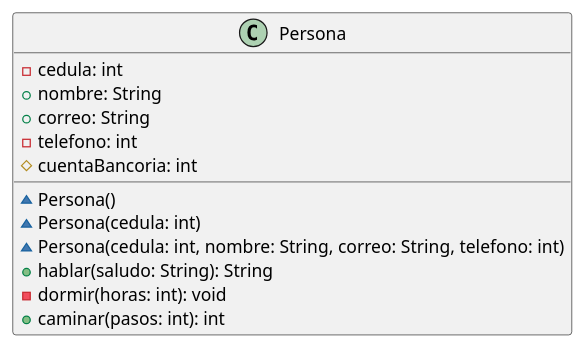
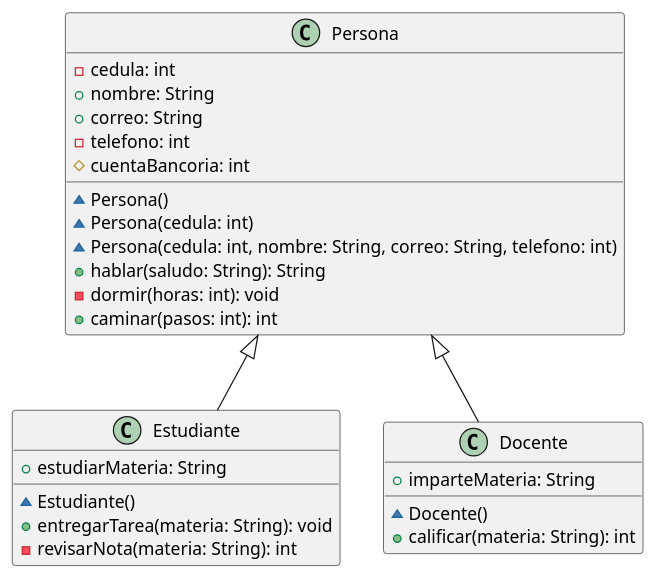
The first of 2 diagrams in README.md (uniajc-gperezm/demo412), drawn with PlantUML before and after one commit.

Commit message:
agregando codigo plant text al README

````diff
--- a/README.md
+++ b/README.md
@@ -62,18 +62,36 @@
 ```plantuml
-@startuml Persona
+@startuml DiagramaClases
 class Persona {
     - cedula: int
     + nombre: String
     + correo: String
     - telefono: int
     # cuentaBancoria: int
     
     ~ Persona()
     ~ Persona(cedula: int)
     ~ Persona(cedula: int, nombre: String, correo: String, telefono: int)
     + hablar(saludo: String): String
     - dormir(horas: int): void
     + caminar(pasos: int): int
 }
+
+class Estudiante {
+    + estudiarMateria: String
+    
+    ~ Estudiante()
+    + entregarTarea(materia: String): void
+    - revisarNota(materia: String): int
+}
+
+class Docente {
+    + imparteMateria: String
+    
+    ~ Docente()
+    + calificar(materia: String): int
+}
+
+Persona <|-- Estudiante
+Persona <|-- Docente
 @enduml
 ```
````
